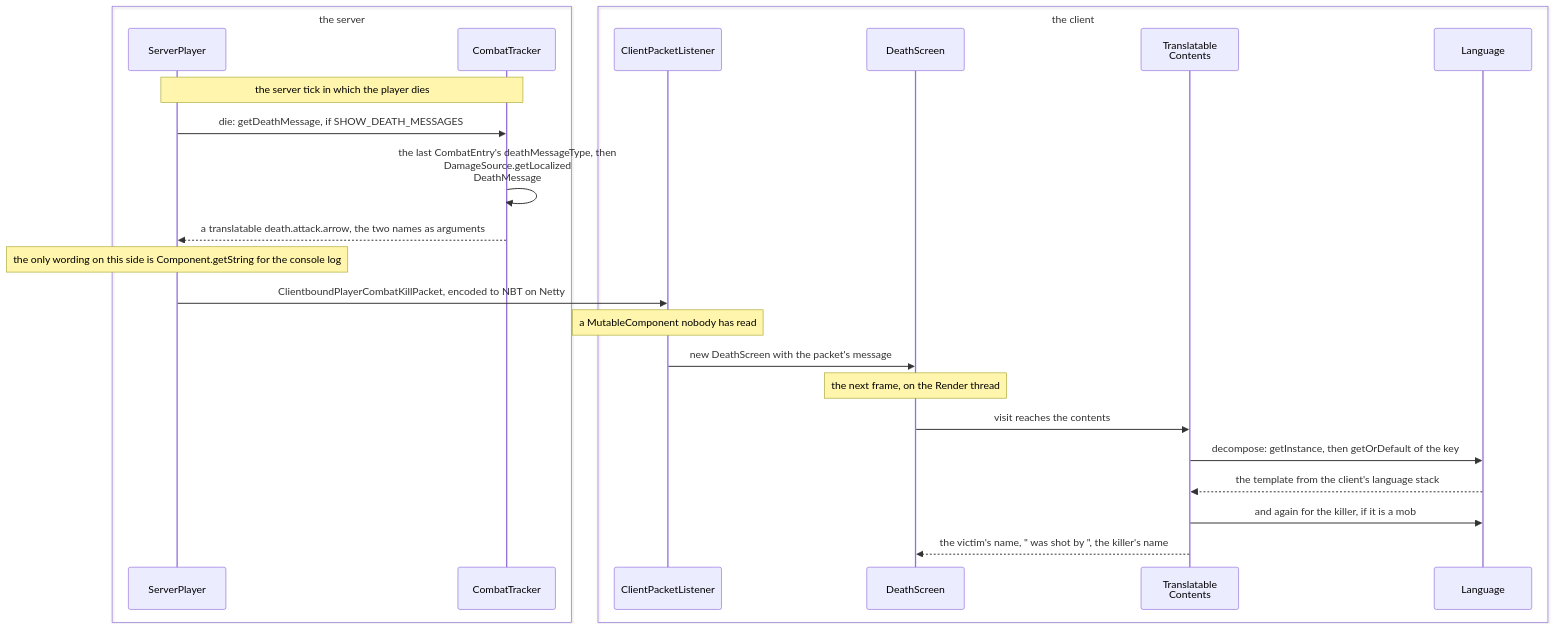
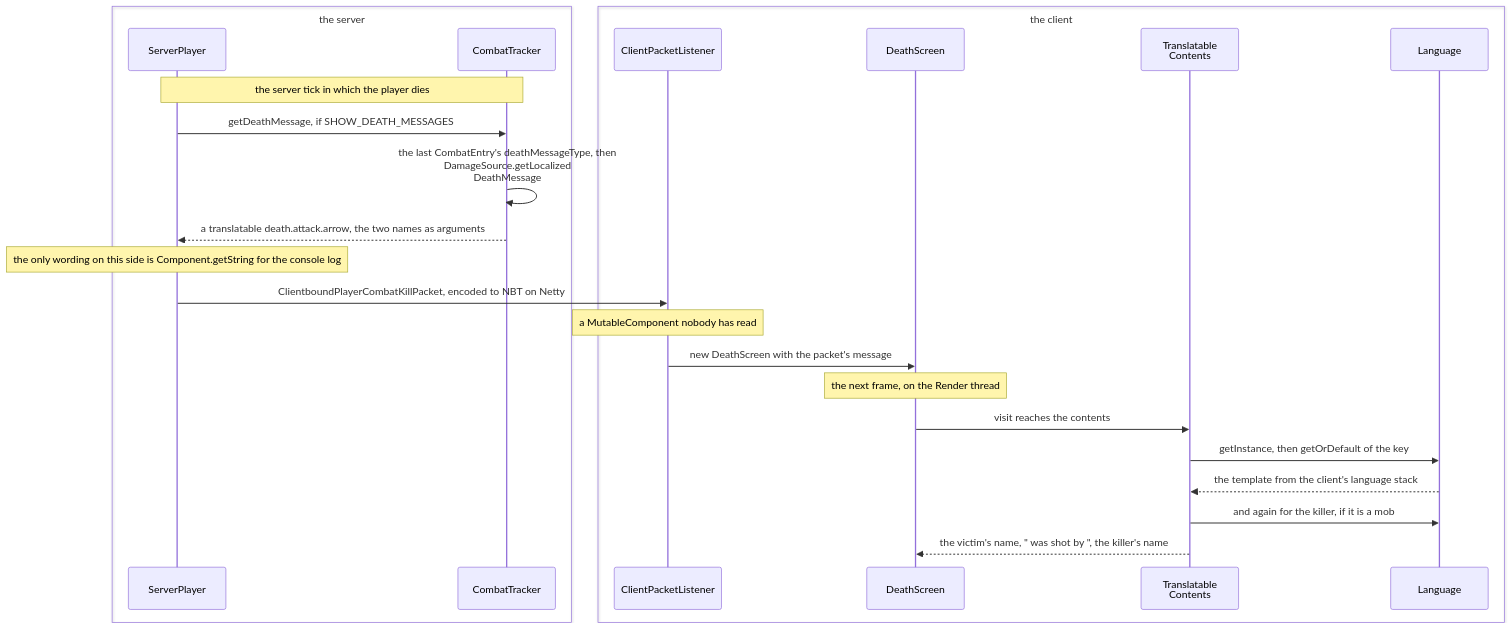
One commit to AlexanderjFraser/MinecraftDocs changed the second of 2 diagrams in src/systems/foundations/text-components.md. Above: the diagram before and after it, drawn with Mermaid. The commit also changed other lines of this file and 31 other files, not shown here.

````diff
--- a/src/systems/foundations/text-components.md
+++ b/src/systems/foundations/text-components.md
@@ -300,28 +300,28 @@
 ```mermaid
 sequenceDiagram
     box transparent the server
     participant SP as ServerPlayer
     participant CT as CombatTracker
     end
     box transparent the client
     participant CPL as ClientPacketListener
     participant DScr as DeathScreen
     participant TrC as Translatable<br/>Contents
     participant Language as Language
     end
 
     Note over SP,CT: the server tick in which the player dies
-    SP->>CT: die: getDeathMessage, if SHOW_DEATH_MESSAGES
+    SP->>CT: getDeathMessage, if SHOW_DEATH_MESSAGES
     CT->>CT: the last CombatEntry's deathMessageType, then<br/>DamageSource.getLocalized<br/>DeathMessage
     CT-->>SP: a translatable death.attack.arrow, the two names as arguments
     Note over SP: the only wording on this side is Component.getString for the console log
     SP->>CPL: ClientboundPlayerCombatKillPacket, encoded to NBT on Netty
     Note over CPL: a MutableComponent nobody has read
     CPL->>DScr: new DeathScreen with the packet's message
     Note over DScr: the next frame, on the Render thread
     DScr->>TrC: visit reaches the contents
-    TrC->>Language: decompose: getInstance, then getOrDefault of the key
+    TrC->>Language: getInstance, then getOrDefault of the key
     Language-->>TrC: the template from the client's language stack
     TrC->>Language: and again for the killer, if it is a mob
     TrC-->>DScr: the victim's name, " was shot by ", the killer's name
 ```
````
